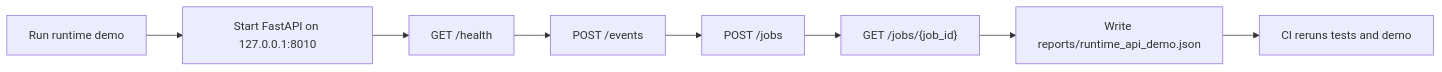
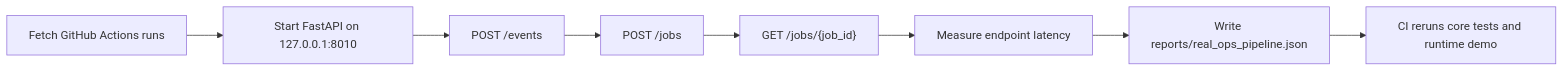
The first of 2 diagrams in README.md (nguyenthevietquang07/cloud-infra-lab), drawn with Mermaid before and after one commit. The commit also changed other lines of this file and 6 other files, not shown here.

Commit message:
Add real ops data pipeline

````diff
--- a/README.md
+++ b/README.md
@@ -37,10 +41,10 @@
 ```mermaid
 flowchart LR
-    A["Run runtime demo"] --> B["Start FastAPI on 127.0.0.1:8010"]
-    B --> C["GET /health"]
-    C --> D["POST /events"]
-    D --> E["POST /jobs"]
-    E --> F["GET /jobs/{job_id}"]
-    F --> G["Write reports/runtime_api_demo.json"]
-    G --> H["CI reruns tests and demo"]
+    A["Fetch GitHub Actions runs"] --> B["Start FastAPI on 127.0.0.1:8010"]
+    B --> C["POST /events"]
+    C --> D["POST /jobs"]
+    D --> E["GET /jobs/{job_id}"]
+    E --> F["Measure endpoint latency"]
+    F --> G["Write reports/real_ops_pipeline.json"]
+    G --> H["CI reruns core tests and runtime demo"]
 ```
````
